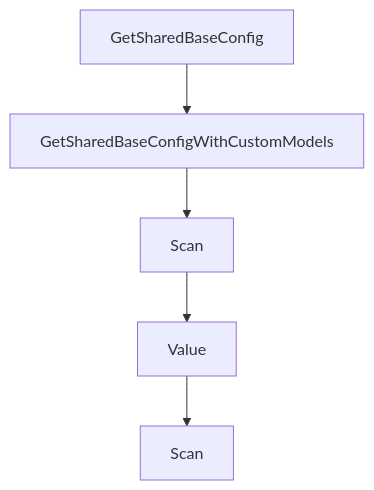
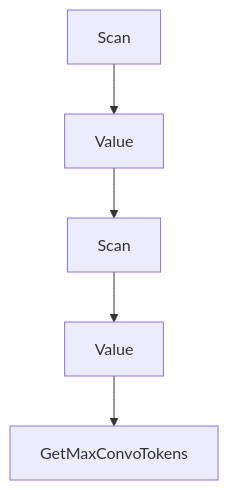
The diagram in tutorials/plandex-tutorial/02-architecture-and-workflow.md (johnxie/awesome-code-docs), drawn with Mermaid before and after one commit. The commit also changed other lines of this file and 1232 other files, not shown here.

````diff
--- a/tutorials/plandex-tutorial/02-architecture-and-workflow.md
+++ b/tutorials/plandex-tutorial/02-architecture-and-workflow.md
@@ -200,12 +198,12 @@
 ```mermaid
 flowchart TD
-    A[GetSharedBaseConfig]
-    B[GetSharedBaseConfigWithCustomModels]
+    A[Scan]
+    B[Value]
     C[Scan]
     D[Value]
-    E[Scan]
+    E[GetMaxConvoTokens]
     A --> B
     B --> C
     C --> D
     D --> E
 ```
````
